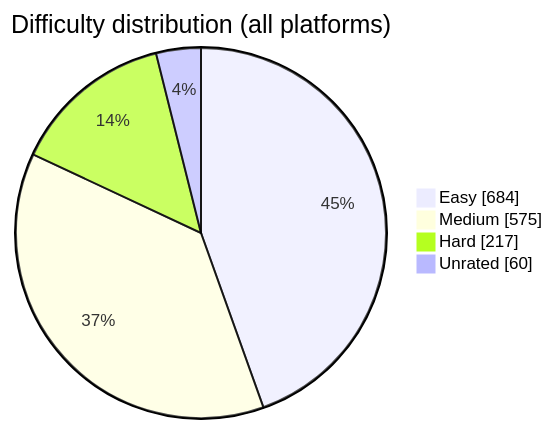
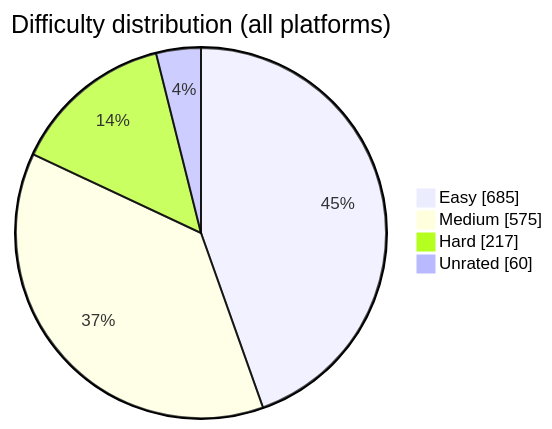
The diagram in README.md (BuildbyArindam/Daily-Coding-Log), drawn with Mermaid before and after one commit. The commit also changed other lines of this file, not shown here.

````diff
--- a/README.md
+++ b/README.md
@@ -93,7 +93,7 @@
 ```mermaid
 pie showData title Difficulty distribution (all platforms)
-    "Easy" : 684
+    "Easy" : 685
     "Medium" : 575
     "Hard" : 217
     "Unrated" : 60
 ```
````
